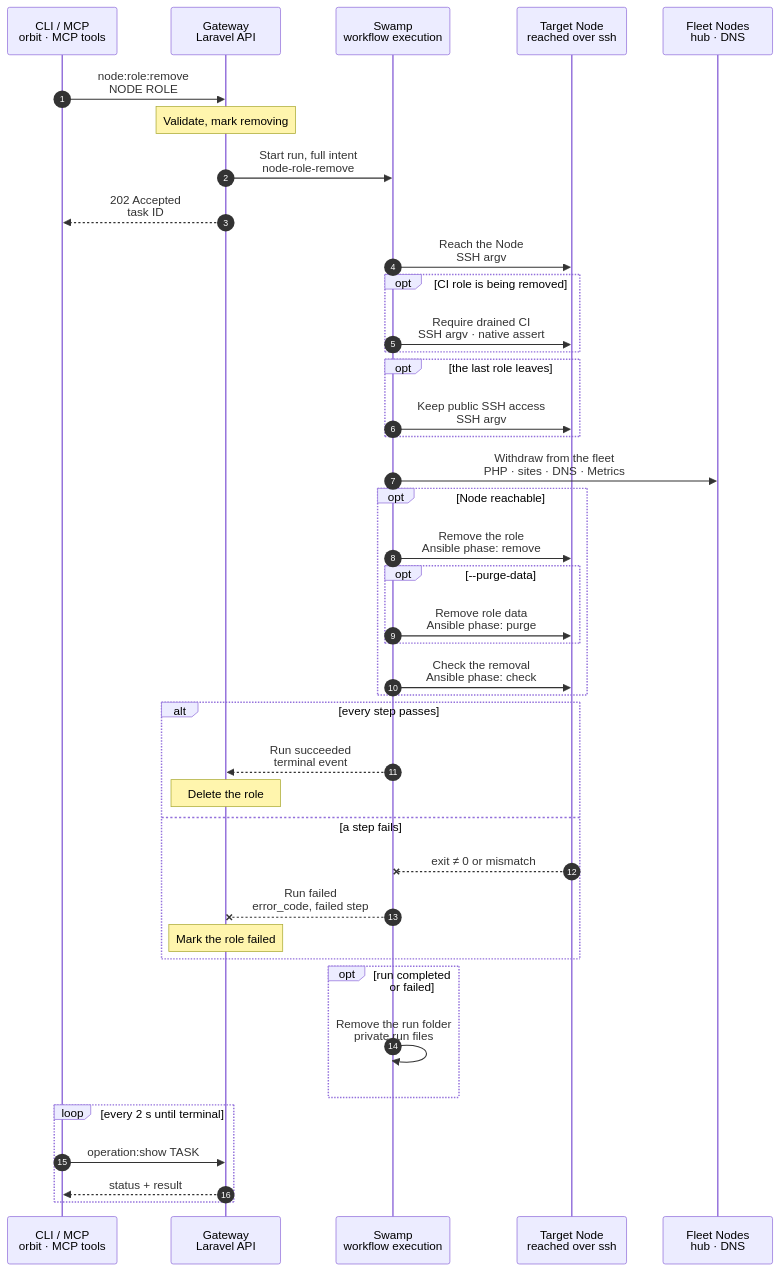
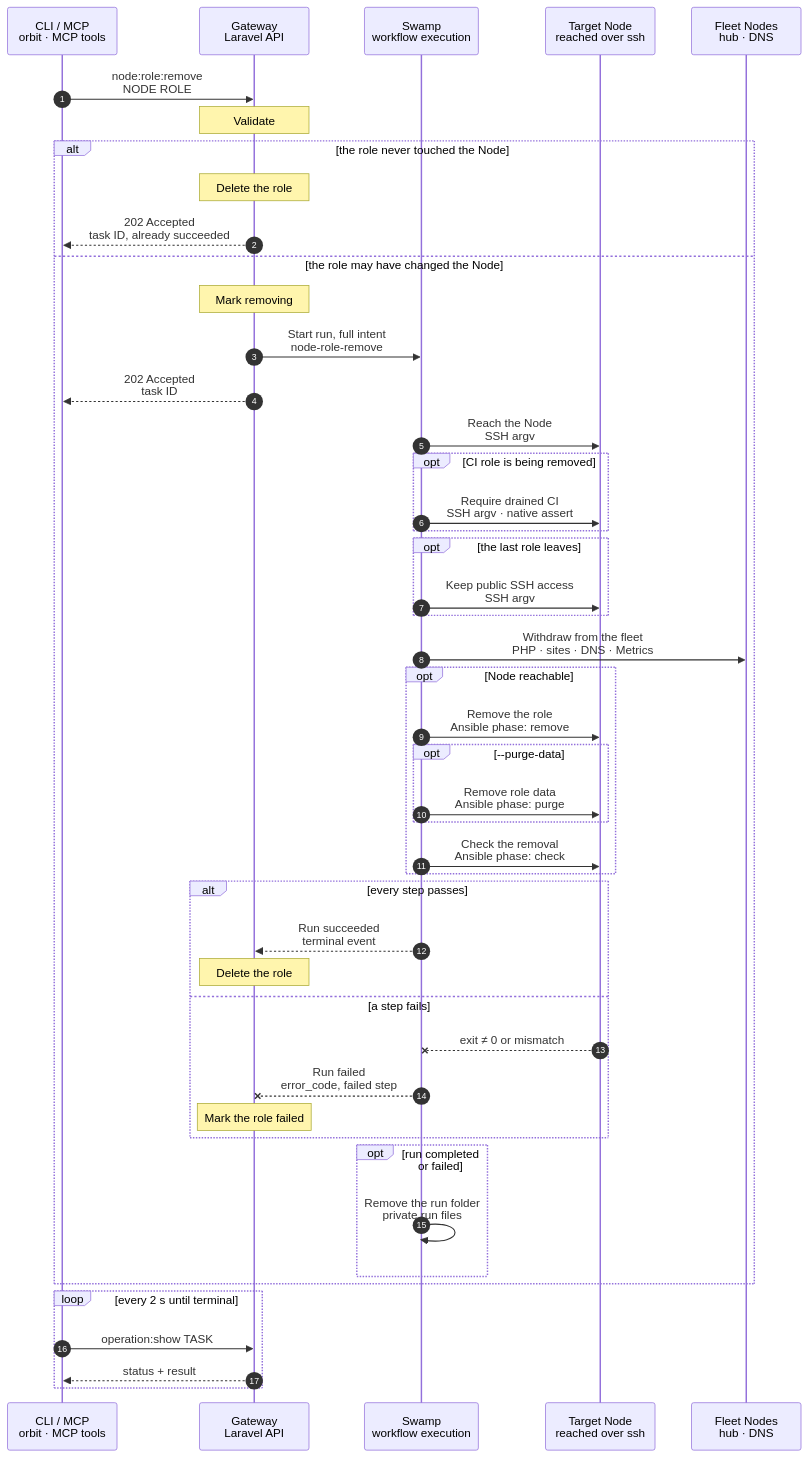
Before and after one commit to hardimpactdev/orbit: the diagram in docs/cli/node/role-remove.mmd, drawn with Mermaid. The commit also changed 1 other file, not shown here.

Commit message:
docs(node): chart record-only removal of a never-converged role

```diff
--- a/docs/cli/node/role-remove.mmd
+++ b/docs/cli/node/role-remove.mmd
@@ -1,99 +1,114 @@
 sequenceDiagram
   %% Target design: ADR 0244 task, one Swamp run, Ansible phases for idempotent Node state (rule 22). docs/reference/node-provisioning.md.
   %% status: reviewed
   %% command: node:role:remove
   %% kind: node.role_remove
   autonumber
   %% lane CLI icon=terminal pill=caller tone=gray
   %% lane GW icon=gateway pill=intent tone=blue
   %% lane SW icon=workflow pill=executes tone=green
   %% lane N icon=server pill=target tone=amber
   %% lane P icon=server pill=target tone=purple
   participant CLI as CLI / MCP<br/>orbit · MCP tools
   participant GW as Gateway<br/>Laravel API
   participant SW as Swamp<br/>workflow execution
   participant N as Target Node<br/>reached over ssh
   participant P as Fleet Nodes<br/>hub · DNS
   CLI->>GW: node:role:remove<br/>NODE ROLE
   %%> Command:
   %%> - `orbit node:role:remove NODE ROLE`
   %%> - syntax: `<node> <role> [--force] [--purge-data] [--offline] [--json]`
   %%> Input:
   %%> - the Node and the role to remove
   %%> - `--force` is consent; without a terminal, `--purge-data` and `--offline` need it
   %%> Who can call it:
   %%> - the `orbit` CLI and the MCP tool send the same request
-  Note over GW: Validate, mark removing
+  Note over GW: Validate
   %%> Requirements:
   %%> - the calling Node has an access grant to the target Node
   %%> - the target is an active, managed Linux Node, and the role is not `vpn`, `router` or `swamp`
   %%> - the role is `active` or `failed`; a `provisioning` or `removing` role is refused until its claim is stale
   %%> - `app-dev` and `app-prod` have no Route targets, `ingress` no public Routes, and `analytics` no tracking hosts
   %%> - one add, converge or remove Operation per Node (`operation.target_busy`); a second removal after the first finished finds no such role (`http.404`)
-  %%> Result:
-  %%> - the assignment is recorded as `removing`, and a task is recorded with the full intent
-  GW->>SW: Start run, full intent<br/>node-role-remove
-  GW-->>CLI: 202 Accepted<br/>task ID
-  %%> What you get:
-  %%> - the task ID, at once
-  %%> Next:
-  %%> - the CLI follows the task with `operation:show`
-  SW->>N: Reach the Node<br/>SSH argv
-  %%> What it does:
-  %%> - probes the Node with its approved identity
-  %%> - an unreachable Node without `--offline` fails the run here (`node.removal_incomplete`); a reachable Node gets ordinary cleanup even with `--offline`
-  opt CI role is being removed
-    SW->>N: Require drained CI<br/>SSH argv · native assert
-    %%> Why:
-    %%> - the run fails here, `node.removal_incomplete`, while CI guests still run on the Node, and the rerun after they are drained succeeds
-  end
-  opt the last role leaves
-    SW->>N: Keep public SSH access<br/>SSH argv
-    %%> Why first:
-    %%> - removing the last role restores public recovery SSH before anything else is torn down, so the Node stays reachable
-  end
-  SW->>P: Withdraw from the fleet<br/>PHP · sites · DNS · Metrics
-  %%> What it does:
-  %%> - withdraws the role's PHP pools, Caddy sites, private DNS records, Metrics exporter entries and role certificates on the other Nodes
-  %%> - an `--offline` removal of an unreachable Node does only the work on other Nodes
-  opt Node reachable
-    SW->>N: Remove the role<br/>Ansible phase: remove
+  %%> Then:
+  %%> - the Gateway reads the recorded state of the assignment and picks one of the two paths below
+  alt the role never touched the Node
+    Note over GW: Delete the role
+    %%> When:
+    %%> - the Gateway recorded that the assignment failed before its first step that changes the Node, and no later run started
+    %%> - an assignment from before that record, and one with any later run, takes the withdrawal below
+    %%> Result:
+    %%> - the assignment and its settings are deleted; no run starts and nothing else is checked on the Node
+    GW-->>CLI: 202 Accepted<br/>task ID, already succeeded
+    %%> What you get:
+    %%> - the task ID, at once; the task has ended `succeeded`
+  else the role may have changed the Node
+    Note over GW: Mark removing
+    %%> Result:
+    %%> - the assignment is recorded as `removing`, and a task is recorded with the full intent
+    GW->>SW: Start run, full intent<br/>node-role-remove
+    GW-->>CLI: 202 Accepted<br/>task ID
+    %%> What you get:
+    %%> - the task ID, at once
+    %%> Next:
+    %%> - the CLI follows the task with `operation:show`
+    SW->>N: Reach the Node<br/>SSH argv
     %%> What it does:
-    %%> - stops the role's services and removes its files, configuration, containers, firewall rules and certificates
-    %%> Retained:
-    %%> - role data, CI resources, release data and container volumes, unless `--purge-data`
-    opt --purge-data
-      SW->>N: Remove role data<br/>Ansible phase: purge
+    %%> - probes the Node with its approved identity
+    %%> - an unreachable Node without `--offline` fails the run here (`node.removal_incomplete`); a reachable Node gets ordinary cleanup even with `--offline`
+    opt CI role is being removed
+      SW->>N: Require drained CI<br/>SSH argv · native assert
+      %%> Why:
+      %%> - the run fails here, `node.removal_incomplete`, while CI guests still run on the Node, and the rerun after they are drained succeeds
+    end
+    opt the last role leaves
+      SW->>N: Keep public SSH access<br/>SSH argv
+      %%> Why first:
+      %%> - removing the last role restores public recovery SSH before anything else is torn down, so the Node stays reachable
+    end
+    SW->>P: Withdraw from the fleet<br/>PHP · sites · DNS · Metrics
+    %%> What it does:
+    %%> - withdraws the role's PHP pools, Caddy sites, private DNS records, Metrics exporter entries and role certificates on the other Nodes
+    %%> - an `--offline` removal of an unreachable Node does only the work on other Nodes
+    opt Node reachable
+      SW->>N: Remove the role<br/>Ansible phase: remove
       %%> What it does:
-      %%> - for `metrics`, the Prometheus and Grafana volumes and the stored credentials; for `websocket`, the Reverb checkout; for `ci-runner`, the Incus project, network and ACL
+      %%> - stops the role's services and removes its files, configuration, containers, firewall rules and certificates
+      %%> Retained:
+      %%> - role data, CI resources, release data and container volumes, unless `--purge-data`
+      opt --purge-data
+        SW->>N: Remove role data<br/>Ansible phase: purge
+        %%> What it does:
+        %%> - for `metrics`, the Prometheus and Grafana volumes and the stored credentials; for `websocket`, the Reverb checkout; for `ci-runner`, the Incus project, network and ACL
+      end
+      SW->>N: Check the removal<br/>Ansible phase: check
+      %%> Why:
+      %%> - the one end check: the removed files, directories and containers are gone
     end
-    SW->>N: Check the removal<br/>Ansible phase: check
-    %%> Why:
-    %%> - the one end check: the removed files, directories and containers are gone
-  end
-  alt every step passes
-    SW-->>GW: Run succeeded<br/>terminal event
-    %%> How the Gateway learns it:
-    %%> - its shared run reader sees the terminal event; Swamp never calls the Gateway
-    Note over GW: Delete the role
-    %%> Result:
-    %%> - the assignment is deleted
-  else a step fails
-    N--xSW: exit ≠ 0 or mismatch
-    SW--xGW: Run failed<br/>error_code, failed step
-    Note over GW: Mark the role failed
-    %%> Result:
-    %%> - the assignment stays, `failed` at `remove:STEP`, with the step's own error code
-    %%> - a failed public SSH restore leaves the Node reachable, and the rerun restores it
-    %%> On the Node:
-    %%> - finished steps stay; there is no rollback
-    %%> Retry:
-    %%> - run the same command again: each removal step is safe to repeat over what a failed convergence left
-  end
-  opt run completed or failed
-    SW->>SW: Remove the run folder<br/>private run files
+    alt every step passes
+      SW-->>GW: Run succeeded<br/>terminal event
+      %%> How the Gateway learns it:
+      %%> - its shared run reader sees the terminal event; Swamp never calls the Gateway
+      Note over GW: Delete the role
+      %%> Result:
+      %%> - the assignment is deleted
+    else a step fails
+      N--xSW: exit ≠ 0 or mismatch
+      SW--xGW: Run failed<br/>error_code, failed step
+      Note over GW: Mark the role failed
+      %%> Result:
+      %%> - the assignment stays, `failed` at `remove:STEP`, with the step's own error code
+      %%> - a failed public SSH restore leaves the Node reachable, and the rerun restores it
+      %%> On the Node:
+      %%> - finished steps stay; there is no rollback
+      %%> Retry:
+      %%> - run the same command again: each removal step is safe to repeat over what a failed convergence left
+    end
+    opt run completed or failed
+      SW->>SW: Remove the run folder<br/>private run files
+    end
   end
   loop every 2 s until terminal
     CLI->>GW: operation:show TASK
     GW-->>CLI: status + result
   end
```
